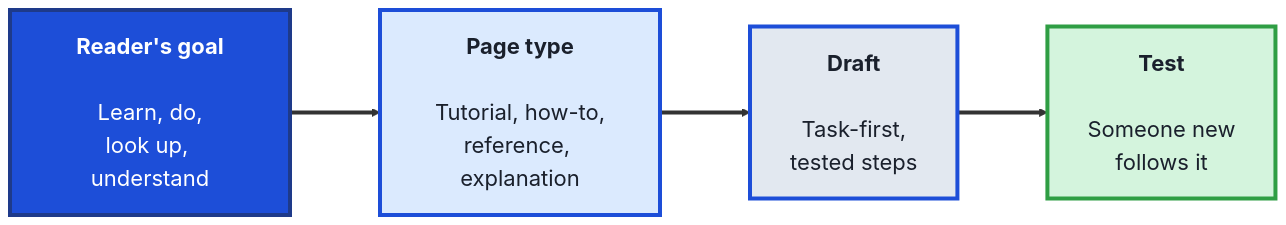
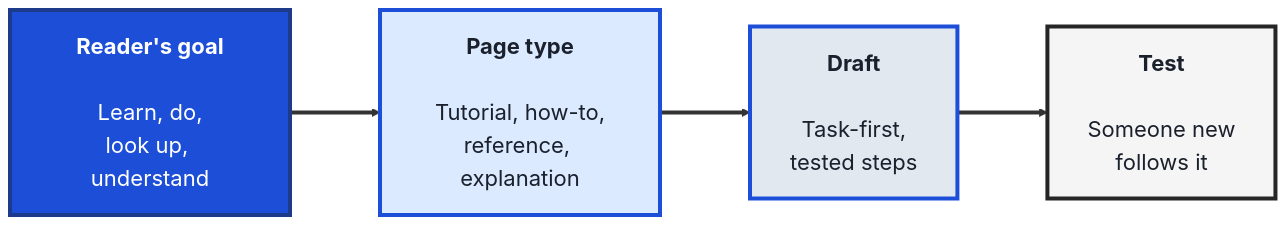
The first of 3 diagrams in src/Pages/courses/TechLeads/module-4-technical-writing.md (SHEMODELTECH/shemodeltech), drawn with Mermaid before and after one commit. The commit also changed other lines of this file and 46 other files, not shown here.

````diff
--- a/src/Pages/courses/TechLeads/module-4-technical-writing.md
+++ b/src/Pages/courses/TechLeads/module-4-technical-writing.md
@@ -22,16 +22,16 @@
 ```mermaid
 %%{init: {'theme':'base', 'themeVariables': {'fontSize':'22px', 'primaryTextColor':'#1a202c', 'primaryBorderColor':'#1d4ed8', 'lineColor':'#333333'}, 'flowchart': {'nodeSpacing': 70, 'rankSpacing': 90, 'padding': 20}}}%%
 flowchart LR
     READER["<b>Reader's goal</b><br/><br/>Learn, do,<br/>look up, understand"]
     TYPE["<b>Page type</b><br/><br/>Tutorial, how-to,<br/>reference, explanation"]
     DRAFT["<b>Draft</b><br/><br/>Task-first,<br/>tested steps"]
     TEST["<b>Test</b><br/><br/>Someone new<br/>follows it"]
 
     READER ==> TYPE ==> DRAFT ==> TEST
 
     style READER fill:#1d4ed8,color:#fff,stroke:#1e3a8a,stroke-width:4px
     style TYPE fill:#dbeafe,color:#1a202c,stroke:#1d4ed8,stroke-width:4px
     style DRAFT fill:#e2e8f0,color:#1a202c,stroke:#1d4ed8,stroke-width:4px
-    style TEST fill:#d4f4dd,color:#1a202c,stroke:#2f9e44,stroke-width:4px
+    style TEST fill:#F5F5F5,color:#1a202c,stroke:#262626,stroke-width:4px
     linkStyle default stroke-width:4px,stroke:#333333
 ```
````
